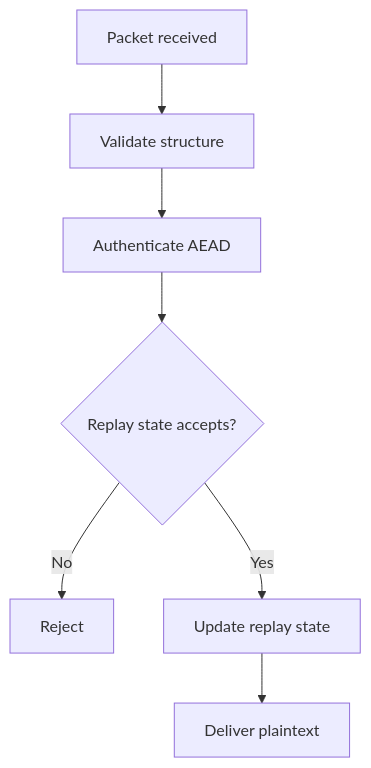
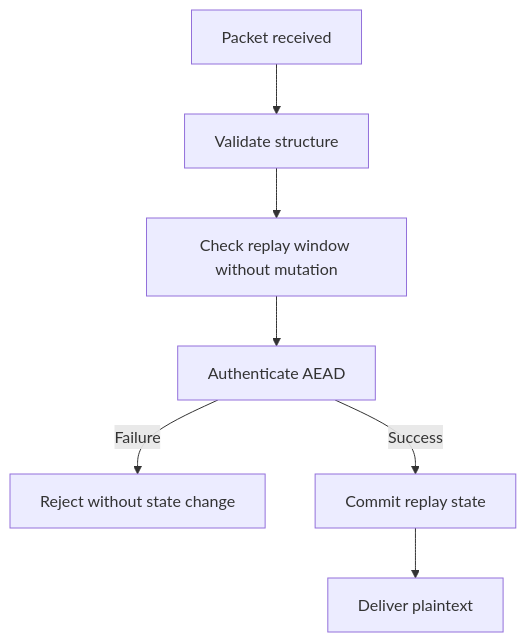
The diagram in Noctis Documentation (Obsidian)/e2ee-mesh-chat-docs/04-protocol/06-Replay-Protection.md (Sanchay0123/Noctis), drawn with Mermaid before and after one commit. The commit also changed other lines of this file and 24 other files, not shown here.

````diff
--- a/Noctis Documentation (Obsidian)/e2ee-mesh-chat-docs/04-protocol/06-Replay-Protection.md
+++ b/Noctis Documentation (Obsidian)/e2ee-mesh-chat-docs/04-protocol/06-Replay-Protection.md
@@ -31,9 +30,9 @@
 ```mermaid
 flowchart TD
     P[Packet received] --> V[Validate structure]
-    V --> A[Authenticate AEAD]
-    A --> R{Replay state accepts?}
-    R -->|No| X[Reject]
-    R -->|Yes| U[Update replay state]
-    U --> D[Deliver plaintext]
+    V --> R[Check replay window without mutation]
+    R --> A[Authenticate AEAD]
+    A -->|Failure| X[Reject without state change]
+    A -->|Success| C[Commit replay state]
+    C --> D[Deliver plaintext]
 ```
````
